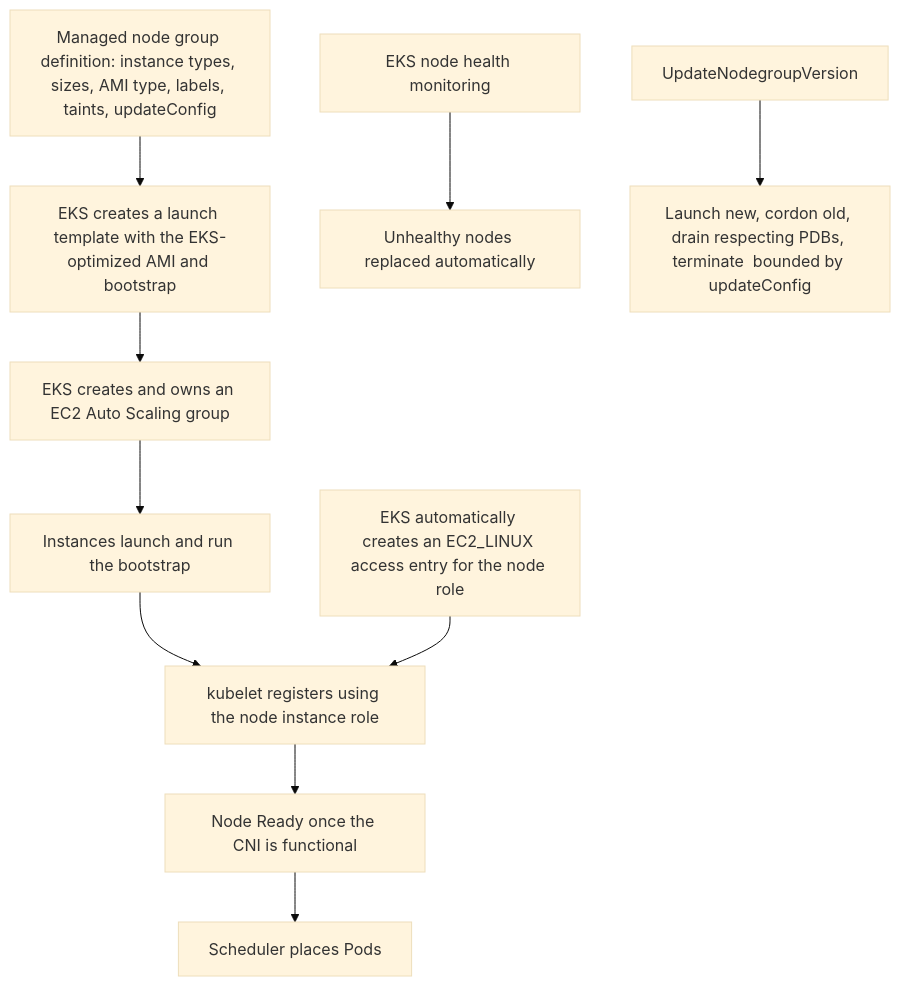
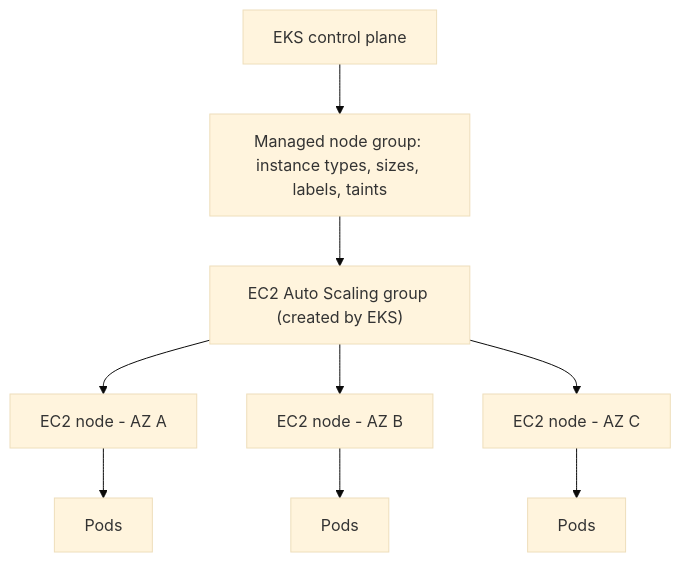
One commit to norbutlepcha25/dso303 changed the third of 5 diagrams in docs/unit3/topic3.md. Above: the diagram before and after it, drawn with Mermaid (base theme). The commit also changed other lines of this file and 164 other files, not shown here.

````diff
--- a/docs/unit3/topic3.md
+++ b/docs/unit3/topic3.md
@@ -212,12 +152,11 @@
 ```mermaid
-flowchart TD
-    NG["Managed node group definition: instance types, sizes, AMI type, labels, taints, updateConfig"] --> LT["EKS creates a launch template with the EKS-optimized AMI and bootstrap"]
-    LT --> ASG["EKS creates and owns an EC2 Auto Scaling group"]
-    ASG --> INST["Instances launch and run the bootstrap"]
-    INST --> JOIN["kubelet registers using the node instance role"]
-    AE["EKS automatically creates an EC2_LINUX access entry for the node role"] --> JOIN
-    JOIN --> READY["Node Ready once the CNI is functional"]
-    READY --> SCHED["Scheduler places Pods"]
-    HEALTH["EKS node health monitoring"] --> REPL["Unhealthy nodes replaced automatically"]
-    UPD["UpdateNodegroupVersion"] --> DRAIN["Launch new, cordon old, drain respecting PDBs, terminate  bounded by updateConfig"]
+flowchart TB
+    EKS["EKS control plane"] --> MNG["Managed node group: instance types, sizes, labels, taints"]
+    MNG --> ASG["EC2 Auto Scaling group (created by EKS)"]
+    ASG --> EC2A["EC2 node - AZ A"]
+    ASG --> EC2B["EC2 node - AZ B"]
+    ASG --> EC2C["EC2 node - AZ C"]
+    EC2A --> P1["Pods"]
+    EC2B --> P2["Pods"]
+    EC2C --> P3["Pods"]
 ```
````
